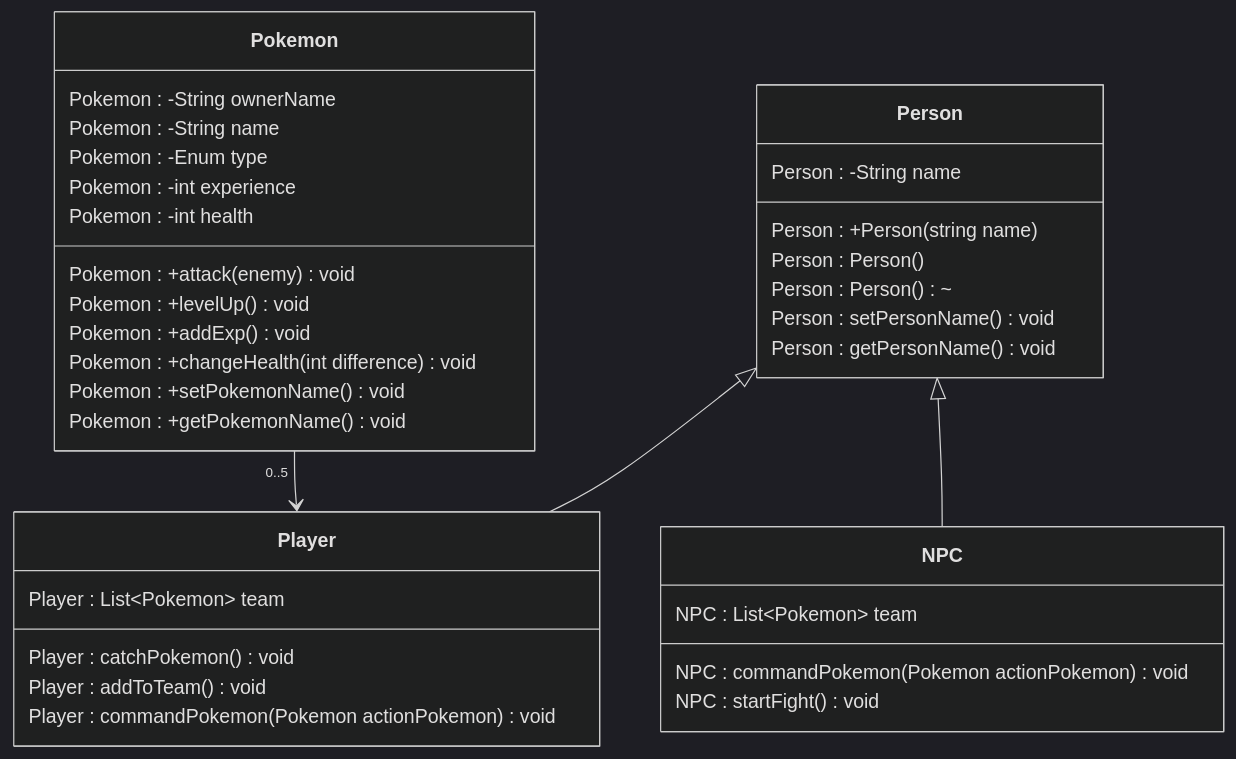
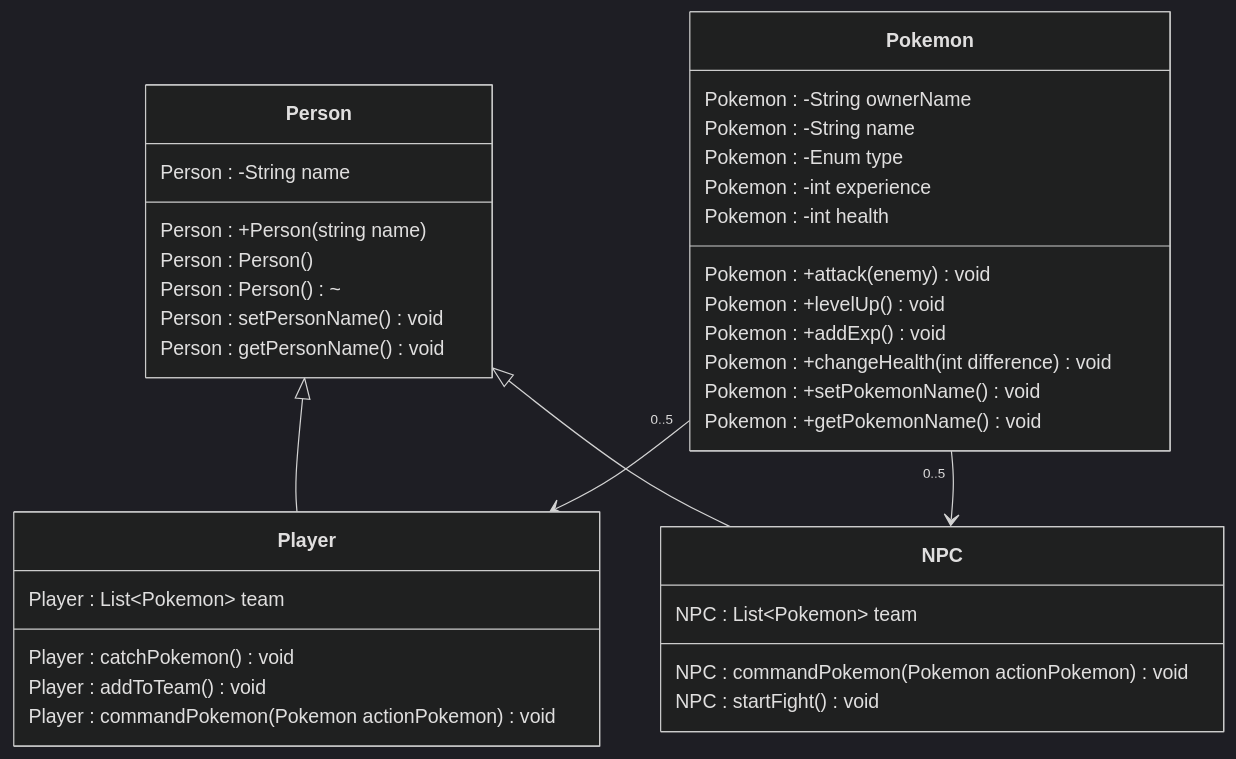
The diagram in README.md (rjordell/Pokemon-Like-RPG), drawn with Mermaid (dark theme) before and after one commit. The commit also changed other lines of this file, not shown here.

Commit message:
Added description of UML diagram

````diff
--- a/README.md
+++ b/README.md
@@ -21,40 +22,41 @@
-```mermaid
+ ```mermaid
 classDiagram
     class Pokemon {
     Pokemon : -String ownerName
     Pokemon : -String name
     Pokemon : -Enum type
     Pokemon : -int experience
     Pokemon : -int health
     Pokemon : +attack(enemy) void
     Pokemon : +levelUp() void
     Pokemon : +addExp() void
     Pokemon : +changeHealth(int difference) void
     Pokemon : +setPokemonName() void
     Pokemon : +getPokemonName() void
 }
     class Person {
     Person : -String name
     Person : +Person(string name)
     Person : Person()
     Person : Person()~
     Person : setPersonName() void
     Person : getPersonName() void
 }
     class Player {
     Player : List~Pokemon~ team
     Player : catchPokemon() void
     Player : addToTeam() void
     Player : commandPokemon(Pokemon actionPokemon) void
 }
     class NPC {
     NPC : List~Pokemon~ team
     NPC : commandPokemon(Pokemon actionPokemon) void
     NPC : startFight() void
 }
 
 Person<|--Player
 Person<|--NPC
 Pokemon "0..5" --> Player
+Pokemon "0..5" --> NPC
 
 ```
````
